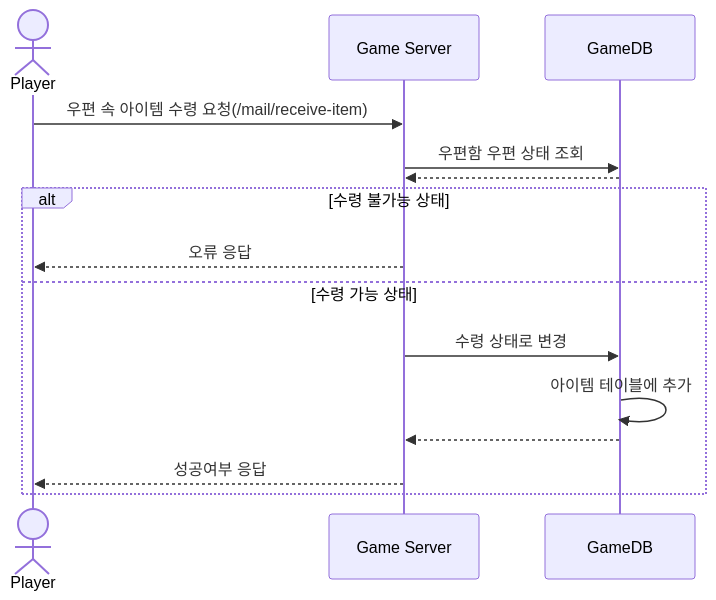
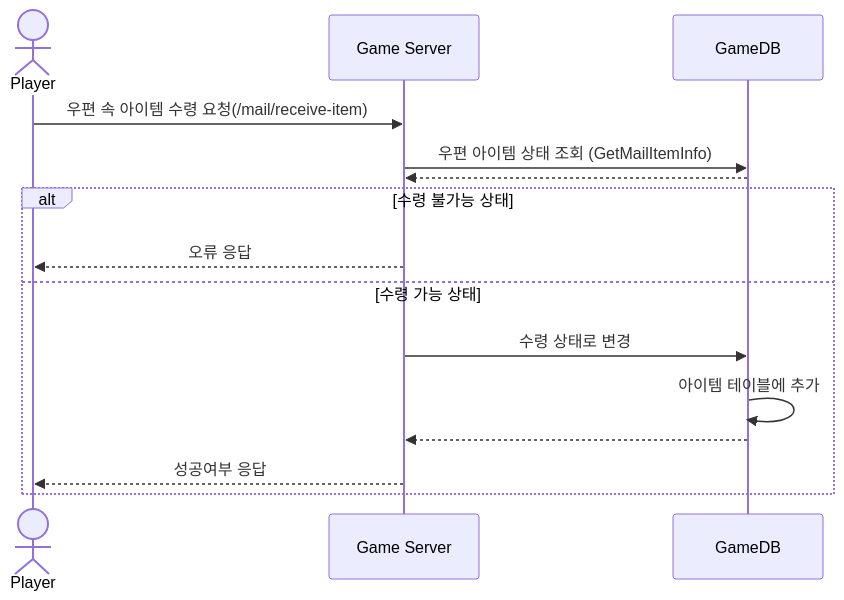
Before and after one commit to yujinS0/Omok-Game: the third of 4 diagrams in SequenceDiagram/MailBox.md, drawn with Mermaid. The commit also changed other lines of this file, not shown here.

````diff
--- a/SequenceDiagram/MailBox.md
+++ b/SequenceDiagram/MailBox.md
@@ -50,19 +50,19 @@
 ```mermaid
 sequenceDiagram
 	actor Player
 	participant Game Server
   	participant GameDB
 
 	Player ->> Game Server : 우편 속 아이템 수령 요청(/mail/receive-item)
-	Game Server ->> GameDB : 우편함 우편 상태 조회
+	Game Server ->> GameDB : 우편 아이템 상태 조회 (GetMailItemInfo)
 	GameDB -->> Game Server : 
 	alt 수령 불가능 상태
 		Game Server -->> Player : 오류 응답
 	else 수령 가능 상태
 		Game Server ->> GameDB : 수령 상태로 변경
 		GameDB ->> GameDB : 아이템 테이블에 추가
 		GameDB -->> Game Server : 
 		
 		Game Server -->> Player : 성공여부 응답
 	end
 ```
````
